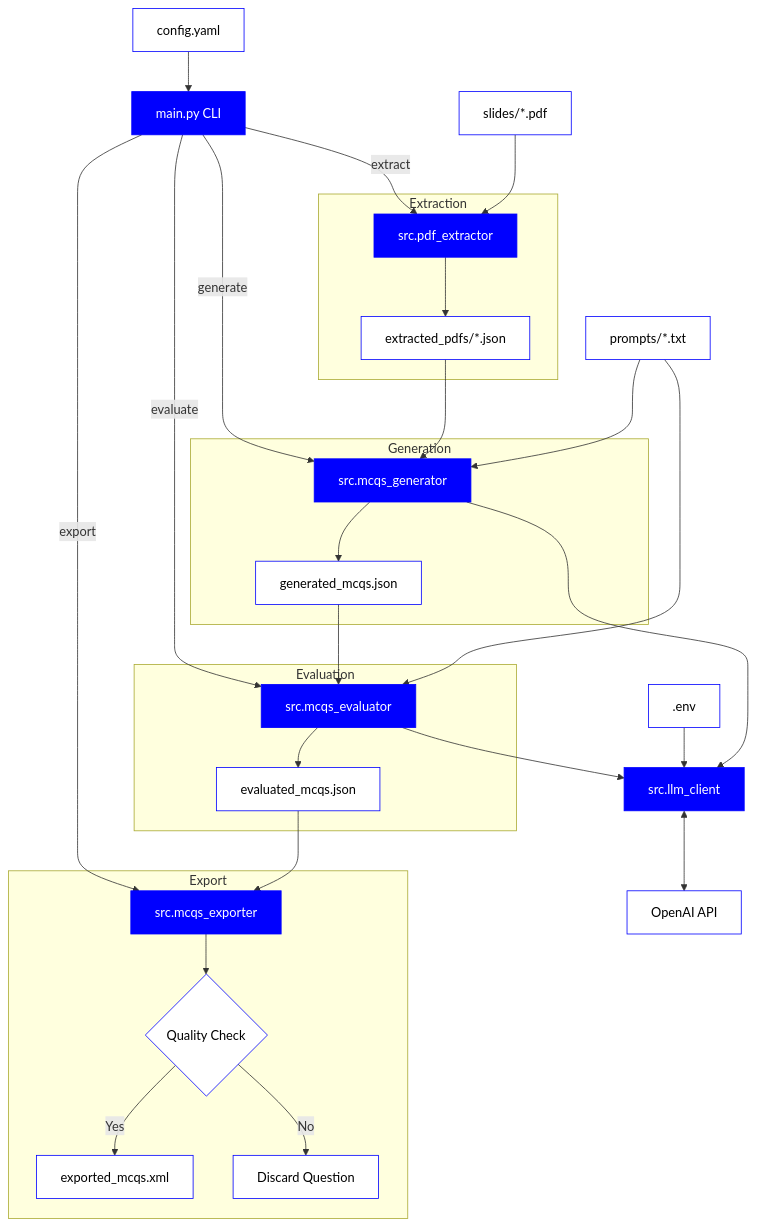
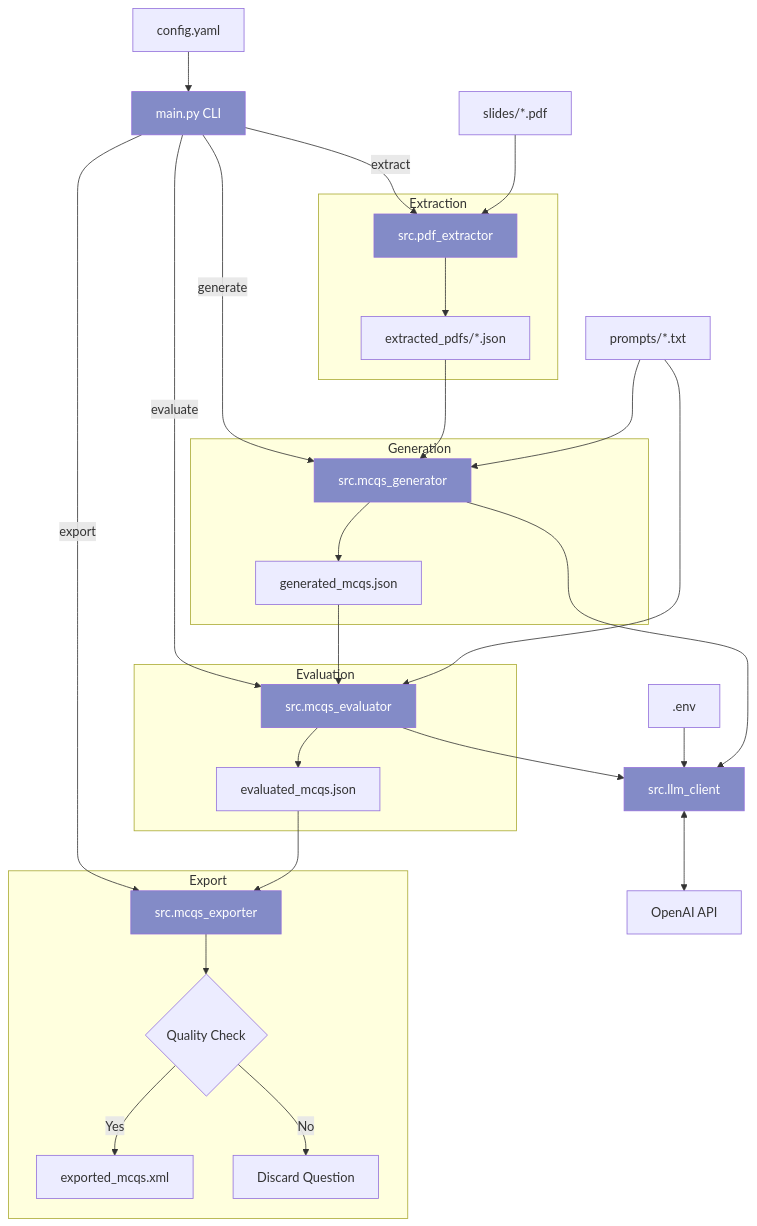
The diagram in docs/implementation.mmd (nattergabriel/mcq-pipeline), drawn with Mermaid before and after one commit. The commit also changed 2 other files, not shown here.

```diff
--- a/docs/implementation.mmd
+++ b/docs/implementation.mmd
@@ -1,70 +1,69 @@
 graph TD
 
     %% Nodes
 
     Config[config.yaml]
     Env[.env]
     Prompts["prompts/*.txt"]
     PDFs["slides/*.pdf"]
     Main[main.py CLI]:::fill
     LLM_Client[src.llm_client]:::fill
     External_API[OpenAI API]
 
     %% Subgraphs for each module
 
     subgraph Extraction
         Extractor[src.pdf_extractor]:::fill
         Extracted_JSON[extracted_pdfs/*.json]
     end
 
     subgraph Generation
         Generator[src.mcqs_generator]:::fill
         Generated_JSON[generated_mcqs.json]
     end
 
     subgraph Evaluation
         Evaluator[src.mcqs_evaluator]:::fill
         Evaluated_JSON[evaluated_mcqs.json]
     end
 
     subgraph Export
         Exporter[src.mcqs_exporter]:::fill
         Filter{Quality Check}
         Final_XML[exported_mcqs.xml]
         Discard[Discard Question]
     end
     
     %% Edges
 
     Config --> Main
     Main -- "extract" --> Extractor
     Main -- "generate" --> Generator
     Main -- "evaluate" --> Evaluator
     Main -- "export" --> Exporter
 
     PDFs --> Extractor
     Extractor --> Extracted_JSON
     
     Extracted_JSON --> Generator
     Prompts --> Generator
     Generator --> Generated_JSON
     
     Generated_JSON --> Evaluator
     Prompts --> Evaluator
     Evaluator --> Evaluated_JSON
     
     Evaluated_JSON --> Exporter
     Exporter --> Filter
     Filter -- Yes --> Final_XML
     Filter -- No --> Discard
 
     Env --> LLM_Client
     Generator --> LLM_Client
     Evaluator --> LLM_Client
     LLM_Client <--> External_API
 
 
     %% Color definitions
 
-    classDef default fill:white,stroke:blue,color:black
-    classDef fill fill:blue,color:white
+    classDef fill fill:#838bc7,color:white
```
